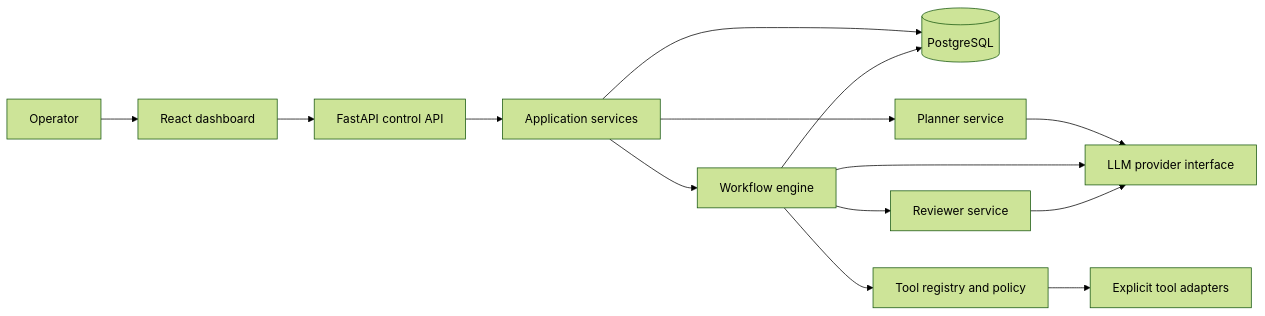
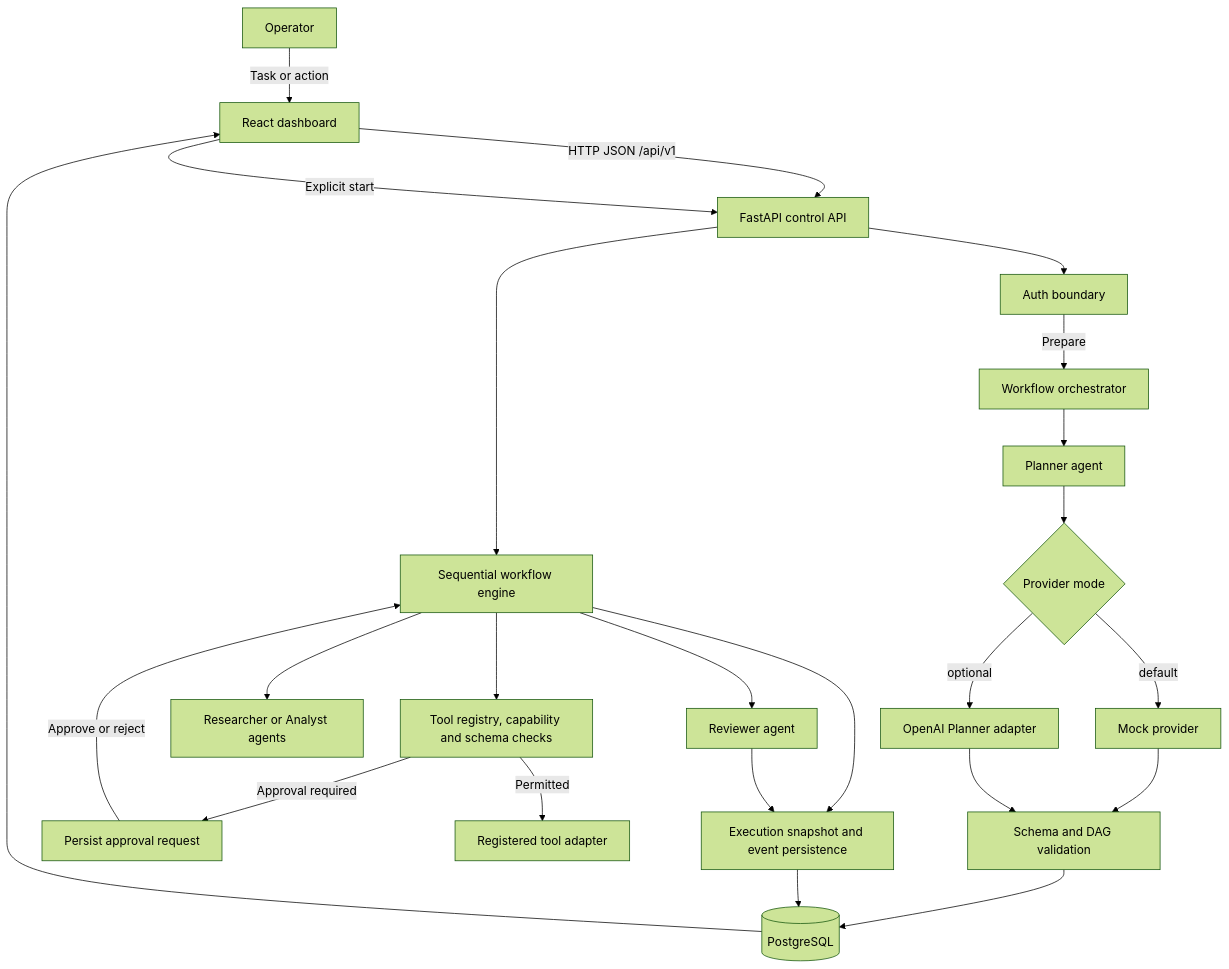
The first of 3 diagrams in docs/ARCHITECTURE.md (Niharxd/Agent-Forage), drawn with Mermaid (forest theme) before and after one commit. The commit also changed other lines of this file and 1 other file, not shown here.

Commit message:
Sprint Day 5: Portfolio launch preparation

````diff
--- a/docs/ARCHITECTURE.md
+++ b/docs/ARCHITECTURE.md
@@ -38,16 +41,26 @@
 ```mermaid
-flowchart LR
-    U[Operator] --> UI[React dashboard]
-    UI --> API[FastAPI control API]
-    API --> S[Application services]
-    S --> DB[(PostgreSQL)]
-    S --> P[Planner service]
-    S --> E[Workflow engine]
-    P --> L[LLM provider interface]
-    E --> L
-    E --> T[Tool registry and policy]
-    T --> X[Explicit tool adapters]
-    E --> R[Reviewer service]
-    R --> L
-    E --> DB
+flowchart TD
+    U[Operator] -->|Task or action| UI[React dashboard]
+    UI -->|HTTP JSON /api/v1| API[FastAPI control API]
+    API --> AUTH[Auth boundary]
+    AUTH -->|Prepare| PREP[Workflow orchestrator]
+    PREP --> PLAN[Planner agent]
+    PLAN --> PROVIDER{Provider mode}
+    PROVIDER -->|default| MOCK[Mock provider]
+    PROVIDER -->|optional| OPENAI[OpenAI Planner adapter]
+    MOCK --> VALID[Schema and DAG validation]
+    OPENAI --> VALID
+    VALID --> DB[(PostgreSQL)]
+    UI -->|Explicit start| API
+    API --> ENGINE[Sequential workflow engine]
+    ENGINE --> AGENTS[Researcher or Analyst agents]
+    ENGINE --> TOOLPOLICY[Tool registry, capability and schema checks]
+    TOOLPOLICY -->|Approval required| AP[Persist approval request]
+    AP -->|Approve or reject| ENGINE
+    TOOLPOLICY -->|Permitted| ADAPTER[Registered tool adapter]
+    ENGINE --> REVIEWER[Reviewer agent]
+    ENGINE --> EVENTS[Execution snapshot and event persistence]
+    REVIEWER --> EVENTS
+    EVENTS --> DB
+    DB --> UI
 ```
````
